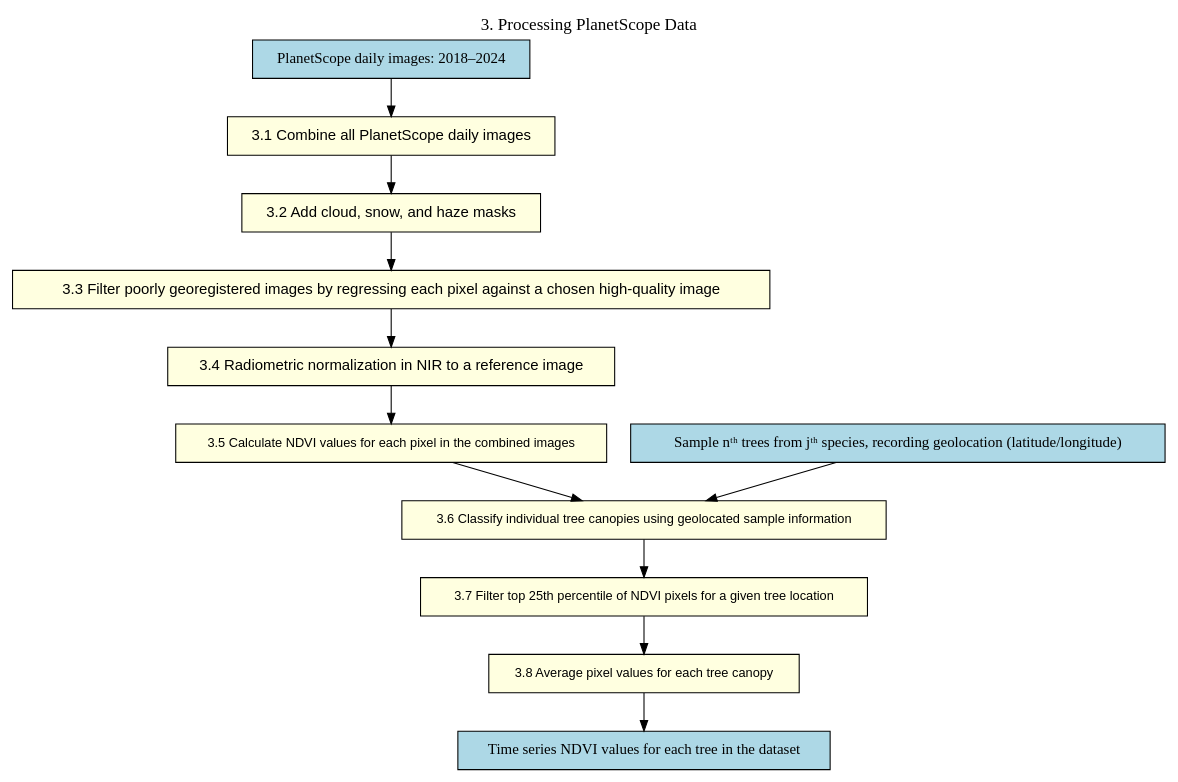
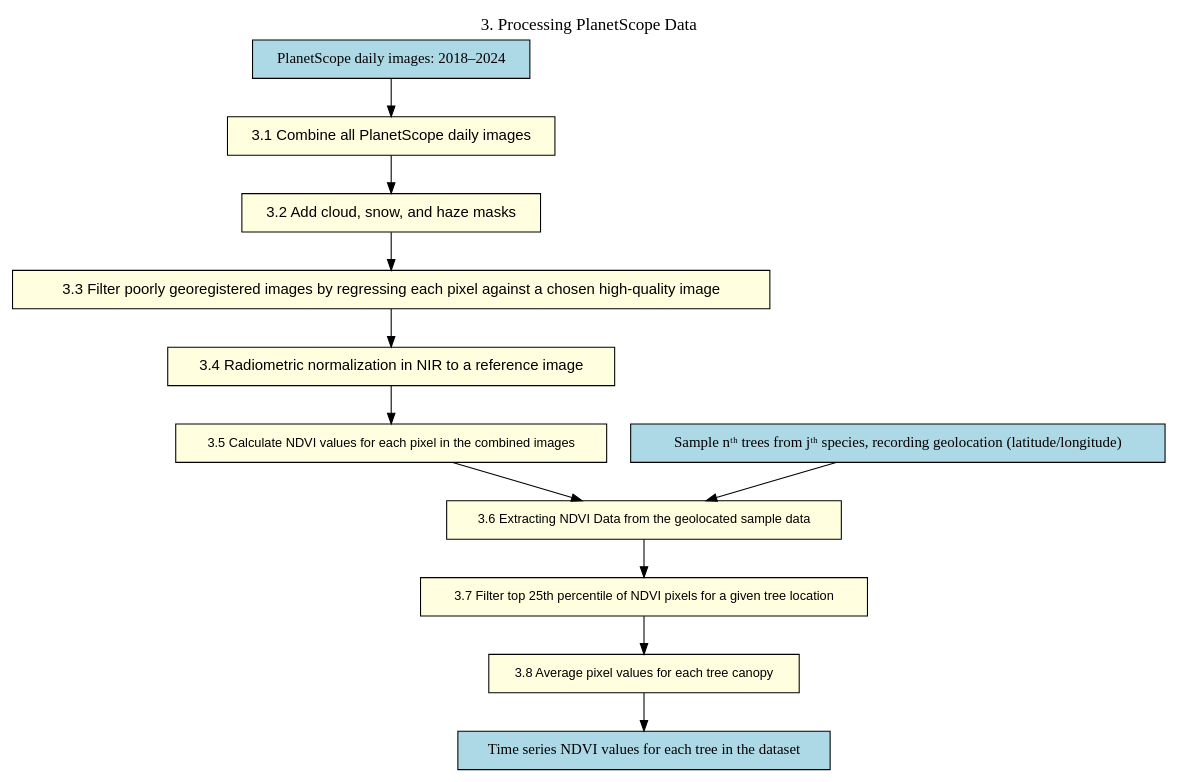
One commit to jm1212a/denver_tree_phenology changed the fourth of 8 diagrams in analysis/flowcarts.qmd. Above: the diagram before and after it, drawn with Graphviz. The commit also changed other lines of this file and 4 other files, not shown here.

Commit message:
updated denver tree data clean

````diff
--- a/analysis/flowcarts.qmd
+++ b/analysis/flowcarts.qmd
@@ -118,44 +116,44 @@
 ```{dot}
 
 digraph WBS_Overview {
   label="3. Processing PlanetScope Data";
   labelloc="t";  // t=top, b=bottom
   fontsize=16;
   fontname="Helvetica Bold";
   
   rankdir=TB;
   node [shape=box, style=filled, fillcolor=lightyellow, fontname="Helvetica", fontsize=12];
   
   // Increase spacing for better readability
   nodesep=0.3;
   ranksep=.5;
 
   // Root nodes
   A [label="PlanetScope daily images: 2018–2024", fillcolor=lightblue, fontsize=14, fontname="Helvetica Bold"];
   B [label="Time series NDVI values for each tree in the dataset", fillcolor=lightblue, fontsize=14, fontname="Helvetica Bold"];
   C [label="Sample nᵗʰ trees from jᵗʰ species, recording geolocation (latitude/longitude)", fillcolor=lightblue, fontsize=14, fontname="Helvetica Bold"];
   
   // Level 2 nodes
   A1 [label="3.1 Combine all PlanetScope daily images", fontsize=14, fillcolor=lightyellow];
   A2 [label="3.2 Add cloud, snow, and haze masks", fontsize=14, fillcolor=lightyellow];
-  A3 [label="3.3 Filter poorly georegistered images by regressing each pixel against a chosen high-quality image", fontsize=14, fillcolor=lightyellow];
-  A4 [label="3.4 Radiometric normalization in NIR to a reference image", fontsize=14, fillcolor=lightyellow];
+  A3 [label="3.3 Filter poorly georegistered images by regressing each pixel against a chosen high-quality image", fontsize=14, fillcolor=lightyellow]; #wont be doing
+  A4 [label="3.4 Radiometric normalization in NIR to a reference image", fontsize=14, fillcolor=lightyellow]; # wont be doing 
   A5 [label="3.5 Calculate NDVI values for each pixel in the combined images", fontsize=12, fillcolor=lightyellow];
-  A6 [label="3.6 Classify individual tree canopies using geolocated sample information", fontsize=12, fillcolor=lightyellow];
+  A6 [label="3.6 Extracting NDVI Data from the geolocated sample data", fontsize=12, fillcolor=lightyellow];
   A7 [label="3.7 Filter top 25th percentile of NDVI pixels for a given tree location", fontsize=12, fillcolor=lightyellow];
   A8 [label="3.8 Average pixel values for each tree canopy", fontsize=12, fillcolor=lightyellow];
   
   // Connections
   A -> A1;
   A1 -> A2;
   A2 -> A3;
   A3 -> A4;
   A4 -> A5;
   A5 -> A6;
   C -> A6;
   A6 -> A7;
   A7 -> A8;
   A8 -> B;
 }
 
 ```
````
